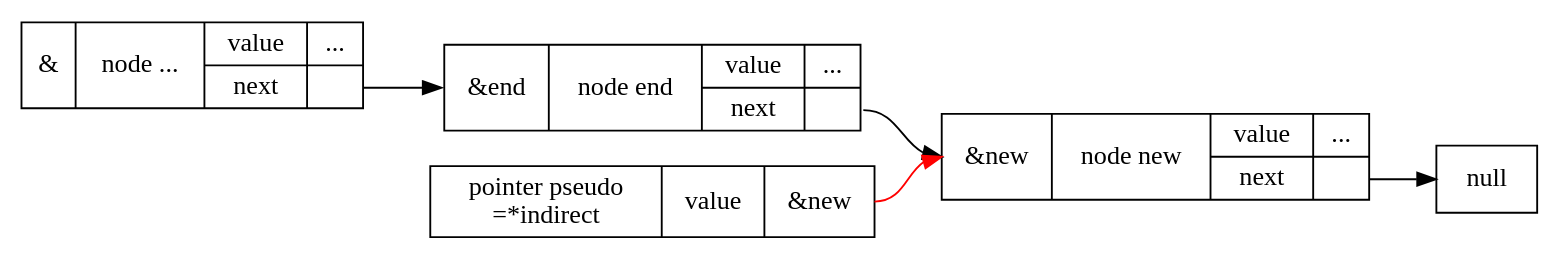
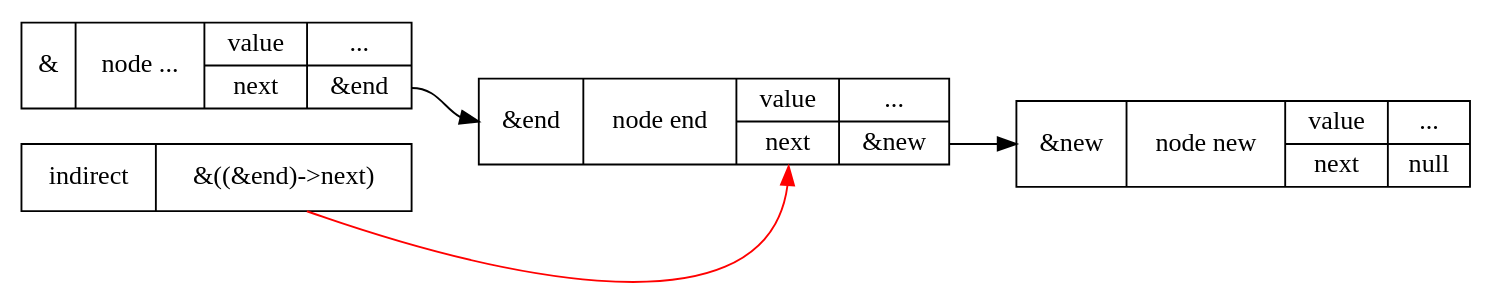
The fifth of 5 diagrams in Week1/2020q3.md (MingRuey/Guts_2020Fall), drawn with Graphviz before and after one commit. The commit also changed other lines of this file, not shown here.

Commit message:
Correct the interpretation of  **indirect

````diff
--- a/Week1/2020q3.md
+++ b/Week1/2020q3.md
@@ -82,16 +79,15 @@
 ```graphviz
 digraph endgame{
     rankdir=LR;
     node [shape=record];
-    last [label="{<address>&|node ...|{value|next}|{...|<ref>}}"];
-    end [label="{<address>&end|node end|{value|next}|{...|<ref>}}"];
-    new [label="{<address>&new|node new|{value|next}|{...|<ref>}}"];
-    null [label="{null}"];
+    last [label="{<address>&|node ...|{value|next}|{...|<ref>&end}}"];
+    end [label="{<address>&end|node end|{value|<next>next}|{...|<ref>&new}}"];
+    new [label="{<address>&new|node new|{value|next}|{...|<ref>null}}"];
     
     last:ref -> end:address [color=black];
     end:ref -> new:address [color=black];
-    new:ref -> null [color=black];
-    p [label="{pointer pseudo\n=*indirect|{value}|<to>&new}"];
-    p:to -> new:address [color=red];
+    
+    indirect [label="{indirect|&((&end)\-\>next)}"]
+    indirect -> end:next [color=red];
 }
 ```
````
